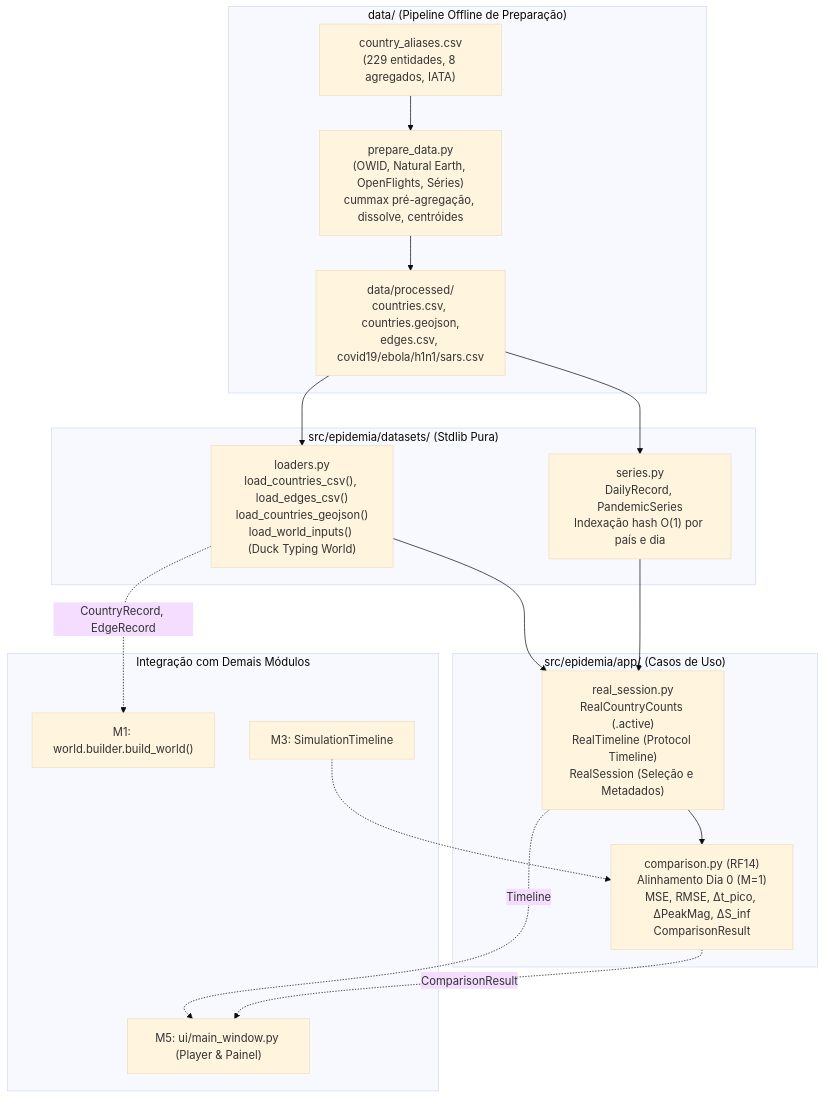
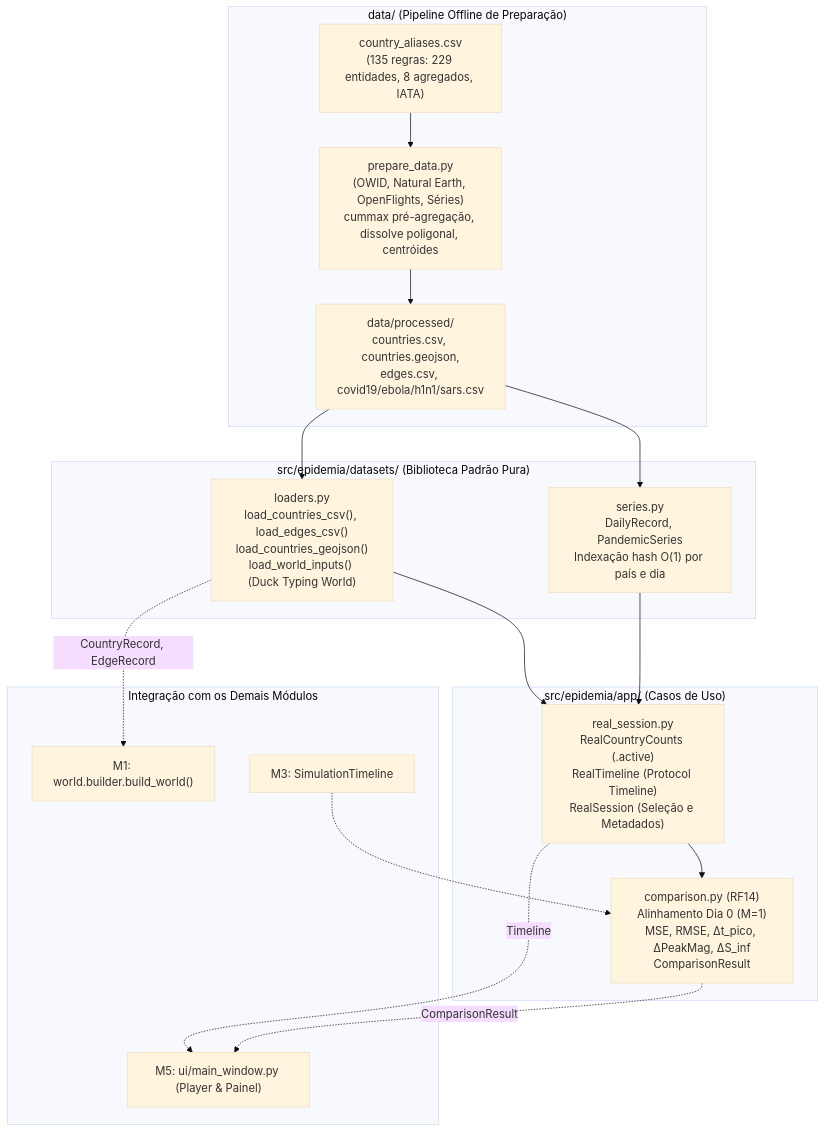
Before and after one commit to Joao-Prado0/Graph-Epidemic-Simulator: the diagram in docs/relatorio/relatorio_tecnico_M4.md, drawn with Mermaid (base theme). The commit also changed other lines of this file and 2 other files, not shown here.

````diff
--- a/docs/relatorio/relatorio_tecnico_M4.md
+++ b/docs/relatorio/relatorio_tecnico_M4.md
@@ -37,35 +43,35 @@
 ```mermaid
 flowchart TD
     subgraph DATA["data/ (Pipeline Offline de Preparação)"]
-        ALI["country_aliases.csv<br/>(229 entidades, 8 agregados, IATA)"]
-        PREP["prepare_data.py<br/>(OWID, Natural Earth, OpenFlights, Séries)<br/>cummax pré-agregação, dissolve, centróides"]
+        ALI["country_aliases.csv<br/>(135 regras: 229 entidades, 8 agregados, IATA)"]
+        PREP["prepare_data.py<br/>(OWID, Natural Earth, OpenFlights, Séries)<br/>cummax pré-agregação, dissolve poligonal, centróides"]
         PROC["data/processed/<br/>countries.csv, countries.geojson,<br/>edges.csv, covid19/ebola/h1n1/sars.csv"]
         ALI --> PREP
         PREP --> PROC
     end
 
-    subgraph DATASETS["src/epidemia/datasets/ (Stdlib Pura)"]
+    subgraph DATASETS["src/epidemia/datasets/ (Biblioteca Padrão Pura)"]
         LOAD["loaders.py<br/>load_countries_csv(), load_edges_csv()<br/>load_countries_geojson()<br/>load_world_inputs() (Duck Typing World)"]
         SER["series.py<br/>DailyRecord, PandemicSeries<br/>Indexação hash O(1) por país e dia"]
         PROC --> LOAD
         PROC --> SER
     end
 
     subgraph APP["src/epidemia/app/ (Casos de Uso)"]
         RSESS["real_session.py<br/>RealCountryCounts (.active)<br/>RealTimeline (Protocol Timeline)<br/>RealSession (Seleção e Metadados)"]
         COMP["comparison.py (RF14)<br/>Alinhamento Dia 0 (M=1)<br/>MSE, RMSE, Δt_pico, ΔPeakMag, ΔS_inf<br/>ComparisonResult"]
         LOAD --> RSESS
         SER --> RSESS
         RSESS --> COMP
     end
 
-    subgraph EXT["Integração com Demais Módulos"]
+    subgraph EXT["Integração com os Demais Módulos"]
         M1["M1: world.builder.build_world()"]
         M3["M3: SimulationTimeline"]
         M5["M5: ui/main_window.py (Player & Painel)"]
         LOAD -.->|CountryRecord, EdgeRecord| M1
         M3 -.-> COMP
         RSESS -.->|Timeline| M5
         COMP -.->|ComparisonResult| M5
     end
 ```
````
